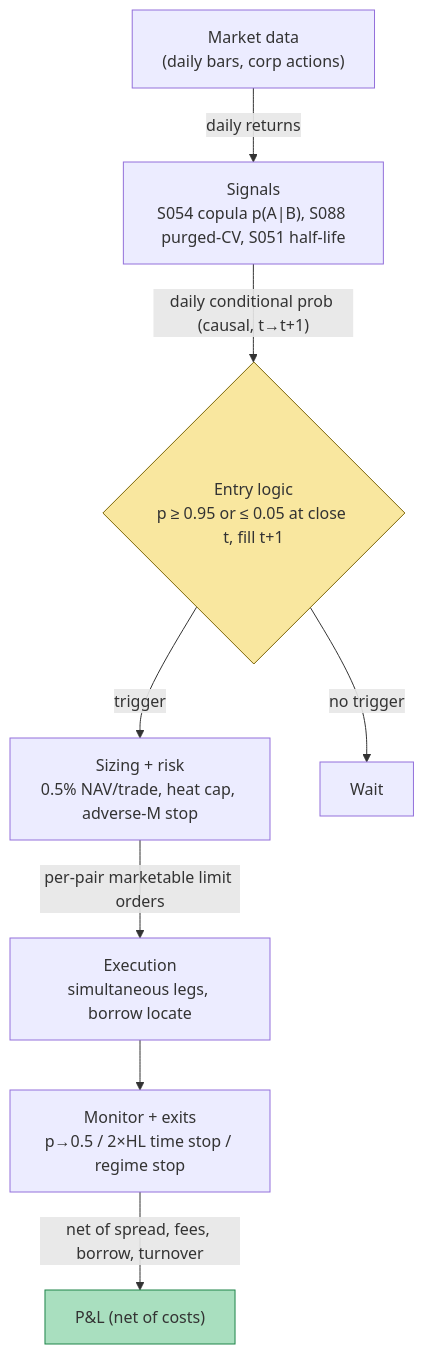
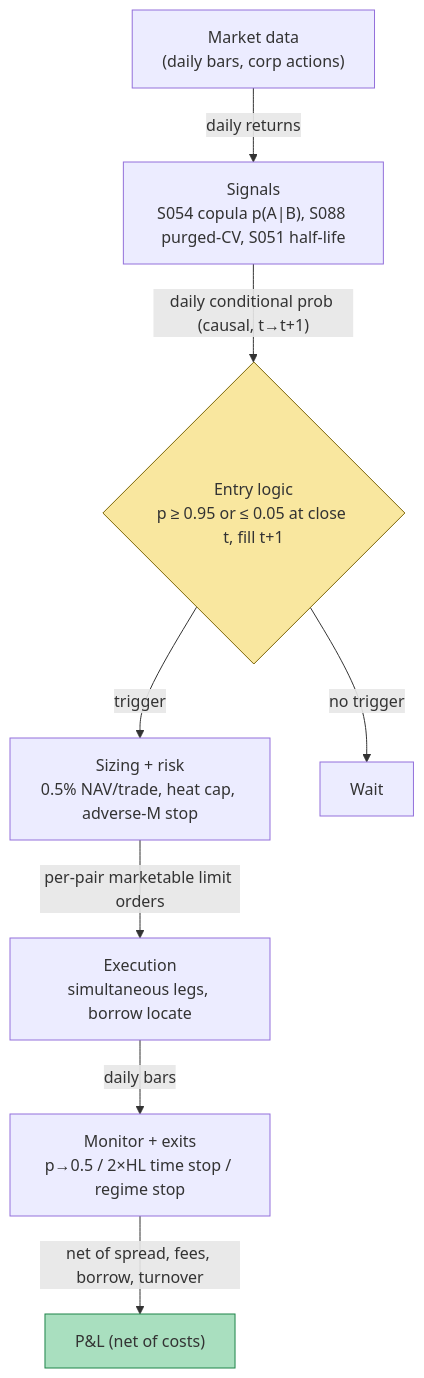
One commit to praveenguptahcl/quant-signals-deep changed the diagram in batches/TB4/T032.md. Above: the diagram before and after it, drawn with Mermaid. The commit also changed other lines of this file and 40 other files, not shown here.

````diff
--- a/batches/TB4/T032.md
+++ b/batches/TB4/T032.md
@@ -168,12 +166,12 @@
 ```mermaid
 flowchart TD
     DATA["Market data\n(daily bars, corp actions)"] -->|"daily returns"| SIGS["Signals\nS054 copula p(A|B), S088 purged-CV, S051 half-life"]
     SIGS -->|"daily conditional prob (causal, t→t+1)"| ENTRY{"Entry logic\np ≥ 0.95 or ≤ 0.05 at close t, fill t+1"}
     ENTRY -->|trigger| SIZE["Sizing + risk\n0.5% NAV/trade, heat cap, adverse-M stop"]
     ENTRY -->|no trigger| WAIT["Wait"]
     SIZE -->|"per-pair marketable limit orders"| EXEC["Execution\nsimultaneous legs, borrow locate"]
-    EXEC --> MON["Monitor + exits\np→0.5 / 2×HL time stop / regime stop"]
+    EXEC -->|"daily bars"| MON["Monitor + exits\np→0.5 / 2×HL time stop / regime stop"]
     MON -->|"net of spread, fees, borrow, turnover"| PNL["P&L (net of costs)"]
     style ENTRY fill:#f9e79f,stroke:#7d6608
     style PNL fill:#a9dfbf,stroke:#1e8449
 ```
````
